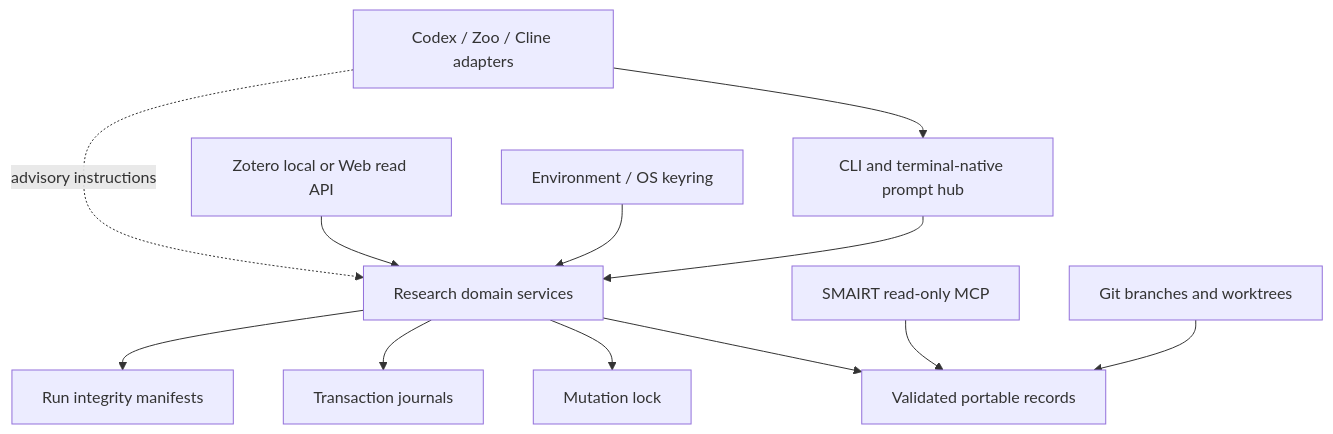
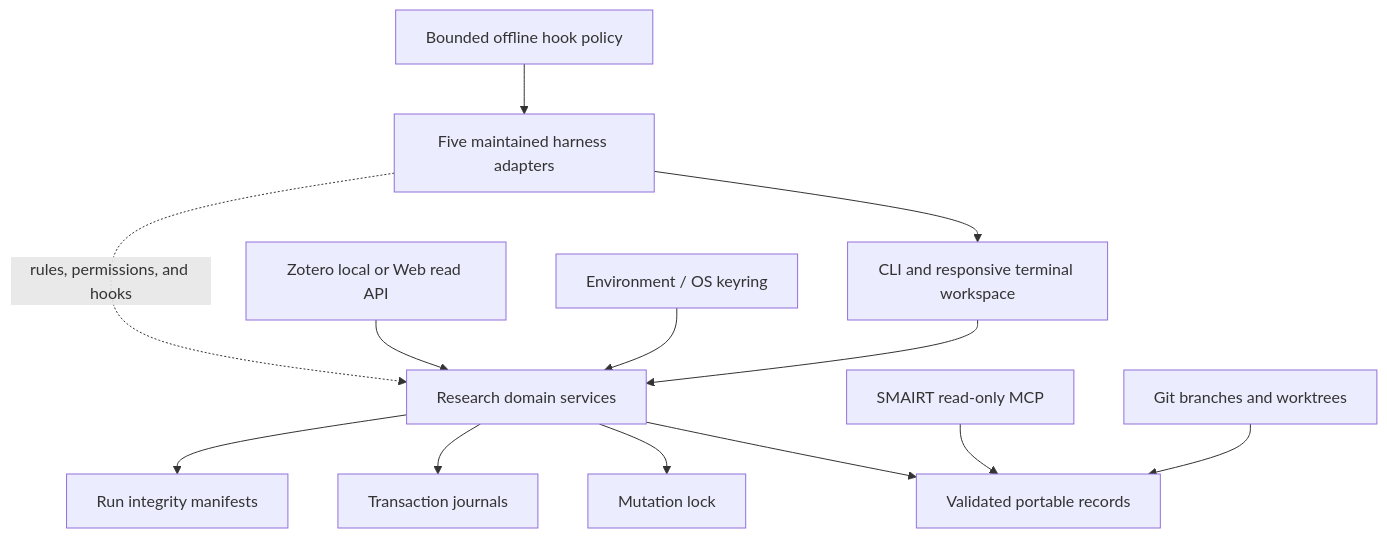
The diagram in docs/ARCHITECTURE.md (sarodarte2/smairt-toolkit), drawn with Mermaid before and after one commit. The commit also changed other lines of this file and 38 other files, not shown here.

Commit message:
feat: redesign terminal UX and harden harness adapters

````diff
--- a/docs/ARCHITECTURE.md
+++ b/docs/ARCHITECTURE.md
@@ -8,14 +8,15 @@
 ```mermaid
 flowchart TB
-    UI["CLI and terminal-native prompt hub"] --> D["Research domain services"]
+    UI["CLI and responsive terminal workspace"] --> D["Research domain services"]
     D --> S["Validated portable records"]
     D --> L["Mutation lock"]
     D --> T["Transaction journals"]
     D --> I["Run integrity manifests"]
-    H["Codex / Zoo / Cline adapters"] --> UI
-    H -. advisory instructions .-> D
+    H["Five maintained harness adapters"] --> UI
+    H -. rules, permissions, and hooks .-> D
+    P["Bounded offline hook policy"] --> H
     M["SMAIRT read-only MCP"] --> S
     Z["Zotero local or Web read API"] --> D
     K["Environment / OS keyring"] --> D
     G["Git branches and worktrees"] --> S
 ```
````
